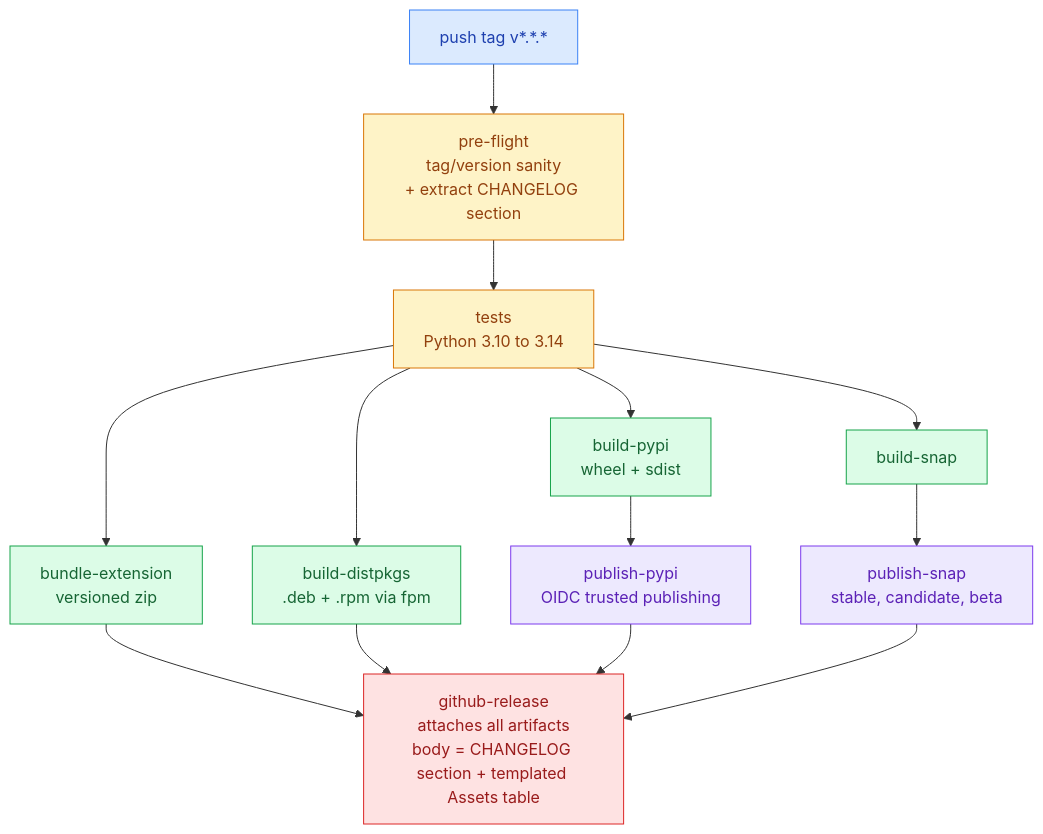
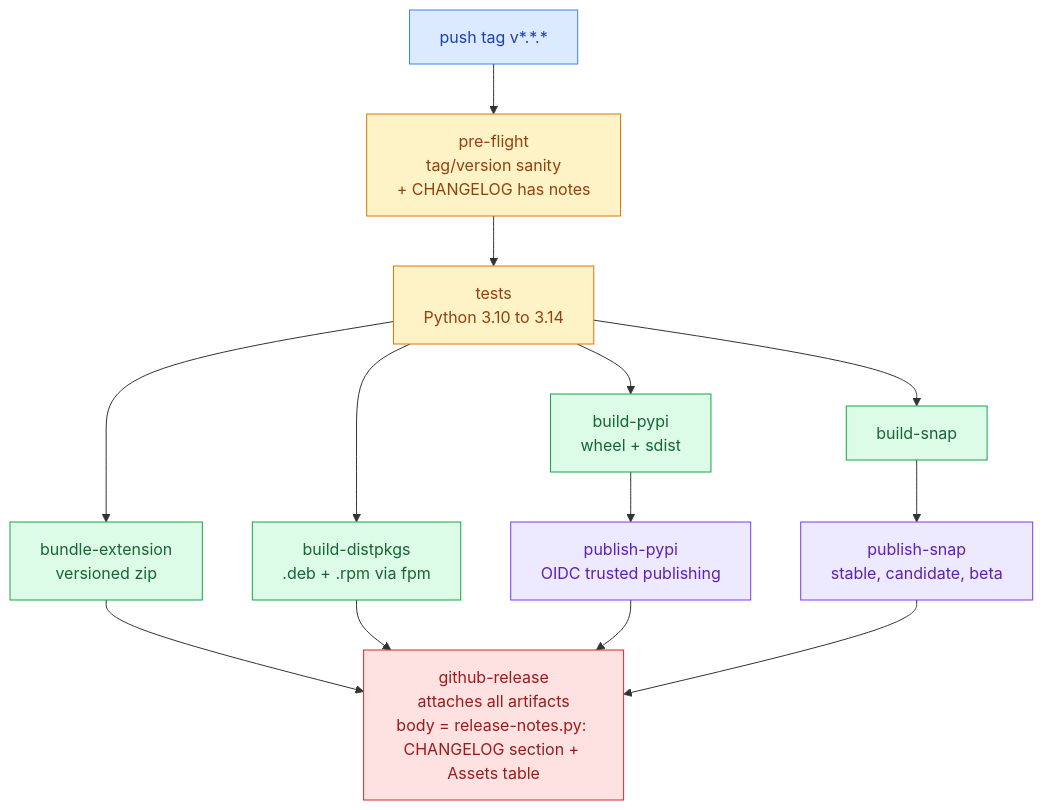
One commit to MohammedEl-sayedAhmed/clipman changed the diagram in docs/releases/README.md. Above: the diagram before and after it, drawn with Mermaid. The commit also changed 5 other files, not shown here.

First line of the commit message:
ci(release): write the release notes to a file, not a job output (#365)

````diff
--- a/docs/releases/README.md
+++ b/docs/releases/README.md
@@ -25,34 +25,34 @@
 ```mermaid
 flowchart TD
     classDef trigger fill:#dbeafe,stroke:#3b82f6,color:#1e40af
     classDef gate    fill:#fef3c7,stroke:#d97706,color:#92400e
     classDef build   fill:#dcfce7,stroke:#16a34a,color:#166534
     classDef publish fill:#ede9fe,stroke:#7c3aed,color:#5b21b6
     classDef final   fill:#fee2e2,stroke:#dc2626,color:#991b1b
 
     Tag["push tag v*.*.*"]:::trigger
-    PF["pre-flight<br/>tag/version sanity<br/>+ extract CHANGELOG section"]:::gate
+    PF["pre-flight<br/>tag/version sanity<br/>+ CHANGELOG has notes"]:::gate
     Tests["tests<br/>Python 3.10 to 3.14"]:::gate
 
     BPyPI["build-pypi<br/>wheel + sdist"]:::build
     BSnap["build-snap"]:::build
     BExt["bundle-extension<br/>versioned zip"]:::build
     BPkg["build-distpkgs<br/>.deb + .rpm via fpm"]:::build
 
     PPyPI["publish-pypi<br/>OIDC trusted publishing"]:::publish
     PSnap["publish-snap<br/>stable, candidate, beta"]:::publish
 
-    Release["github-release<br/>attaches all artifacts<br/>body = CHANGELOG section + templated Assets table"]:::final
+    Release["github-release<br/>attaches all artifacts<br/>body = release-notes.py: CHANGELOG section + Assets table"]:::final
 
     Tag --> PF --> Tests
     Tests --> BPyPI
     Tests --> BSnap
     Tests --> BExt
     Tests --> BPkg
     BPyPI --> PPyPI
     BSnap --> PSnap
     BExt --> Release
     BPkg --> Release
     PPyPI --> Release
     PSnap --> Release
 ```
````
